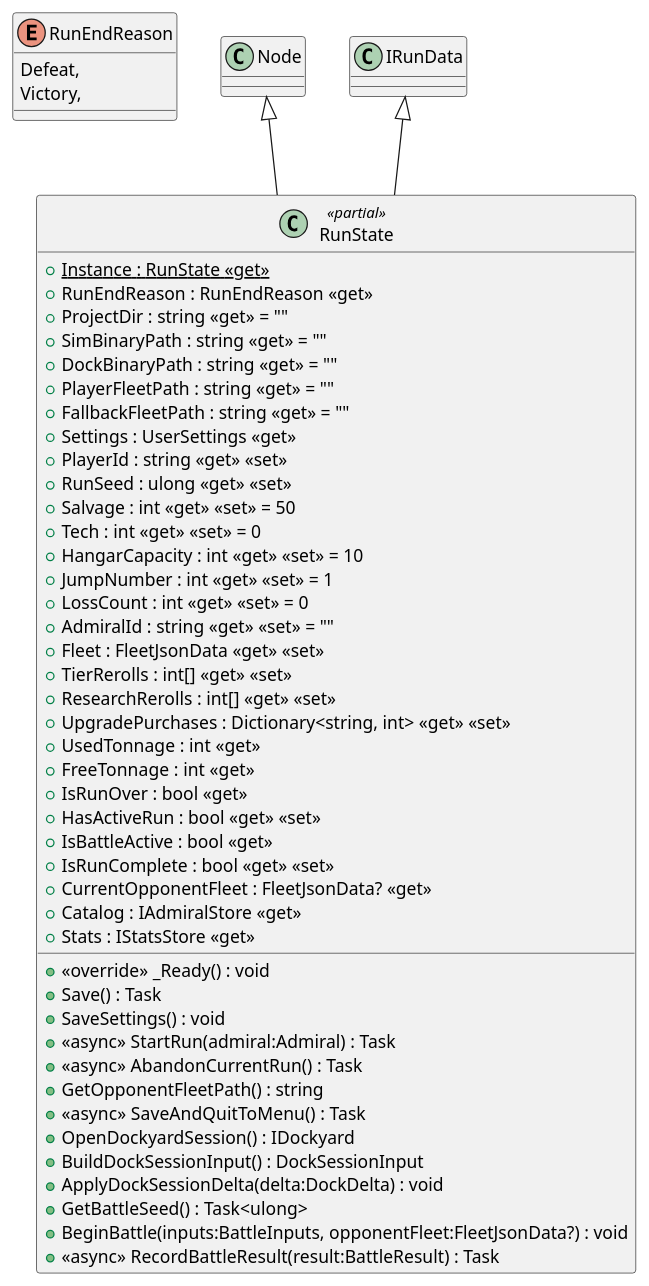
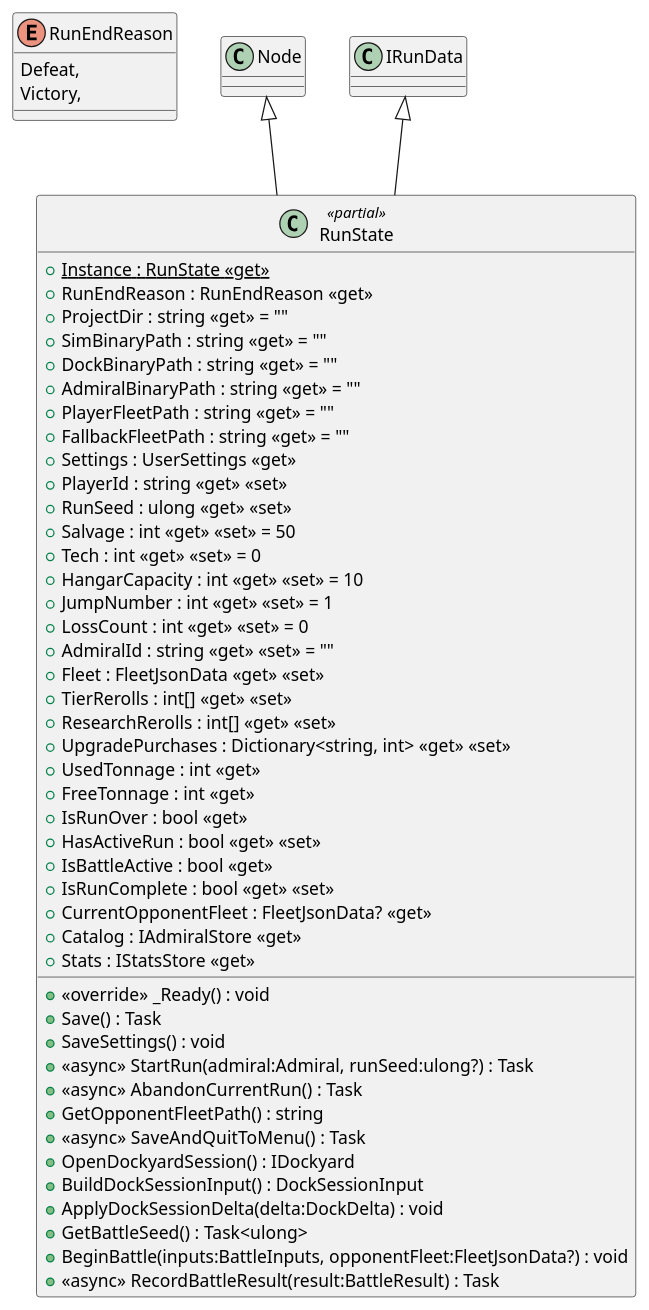
The diagram in diagrams/csharp/client/src/meta/RunState.puml (Tai-trinh/skock), drawn with PlantUML before and after one commit. The commit also changed 15 other files, not shown here.

```diff
--- a/diagrams/csharp/client/src/meta/RunState.puml
+++ b/diagrams/csharp/client/src/meta/RunState.puml
@@ -1,52 +1,53 @@
 @startuml
 enum RunEndReason {
     Defeat,
     Victory,
 }
 class RunState <<partial>> {
     + {static} Instance : RunState <<get>>
     + RunEndReason : RunEndReason <<get>>
     + ProjectDir : string <<get>> = ""
     + SimBinaryPath : string <<get>> = ""
     + DockBinaryPath : string <<get>> = ""
+    + AdmiralBinaryPath : string <<get>> = ""
     + PlayerFleetPath : string <<get>> = ""
     + FallbackFleetPath : string <<get>> = ""
     + Settings : UserSettings <<get>>
     + PlayerId : string <<get>> <<set>>
     + RunSeed : ulong <<get>> <<set>>
     + Salvage : int <<get>> <<set>> = 50
     + Tech : int <<get>> <<set>> = 0
     + HangarCapacity : int <<get>> <<set>> = 10
     + JumpNumber : int <<get>> <<set>> = 1
     + LossCount : int <<get>> <<set>> = 0
     + AdmiralId : string <<get>> <<set>> = ""
     + Fleet : FleetJsonData <<get>> <<set>>
     + TierRerolls : int[] <<get>> <<set>>
     + ResearchRerolls : int[] <<get>> <<set>>
     + UpgradePurchases : Dictionary<string, int> <<get>> <<set>>
     + UsedTonnage : int <<get>>
     + FreeTonnage : int <<get>>
     + IsRunOver : bool <<get>>
     + HasActiveRun : bool <<get>> <<set>>
     + IsBattleActive : bool <<get>>
     + IsRunComplete : bool <<get>> <<set>>
     + CurrentOpponentFleet : FleetJsonData? <<get>>
     + Catalog : IAdmiralStore <<get>>
     + Stats : IStatsStore <<get>>
     + <<override>> _Ready() : void
     + Save() : Task
     + SaveSettings() : void
-    + <<async>> StartRun(admiral:Admiral) : Task
+    + <<async>> StartRun(admiral:Admiral, runSeed:ulong?) : Task
     + <<async>> AbandonCurrentRun() : Task
     + GetOpponentFleetPath() : string
     + <<async>> SaveAndQuitToMenu() : Task
     + OpenDockyardSession() : IDockyard
     + BuildDockSessionInput() : DockSessionInput
     + ApplyDockSessionDelta(delta:DockDelta) : void
     + GetBattleSeed() : Task<ulong>
     + BeginBattle(inputs:BattleInputs, opponentFleet:FleetJsonData?) : void
     + <<async>> RecordBattleResult(result:BattleResult) : Task
 }
 Node <|-- RunState
 IRunData <|-- RunState
 @enduml
```
